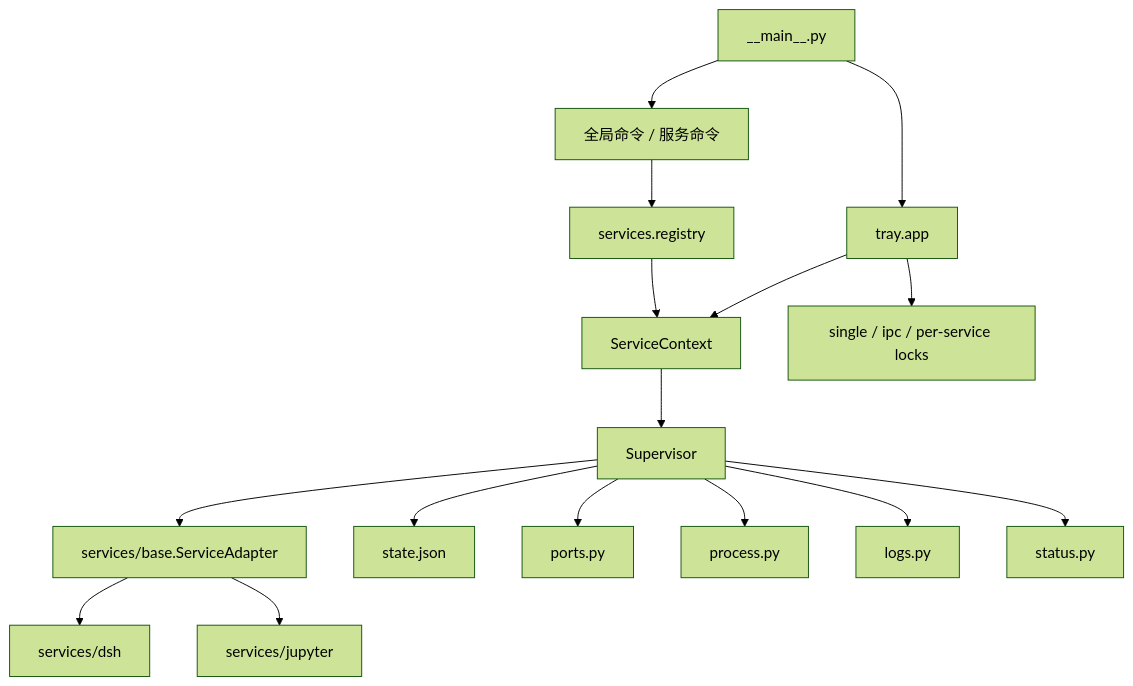
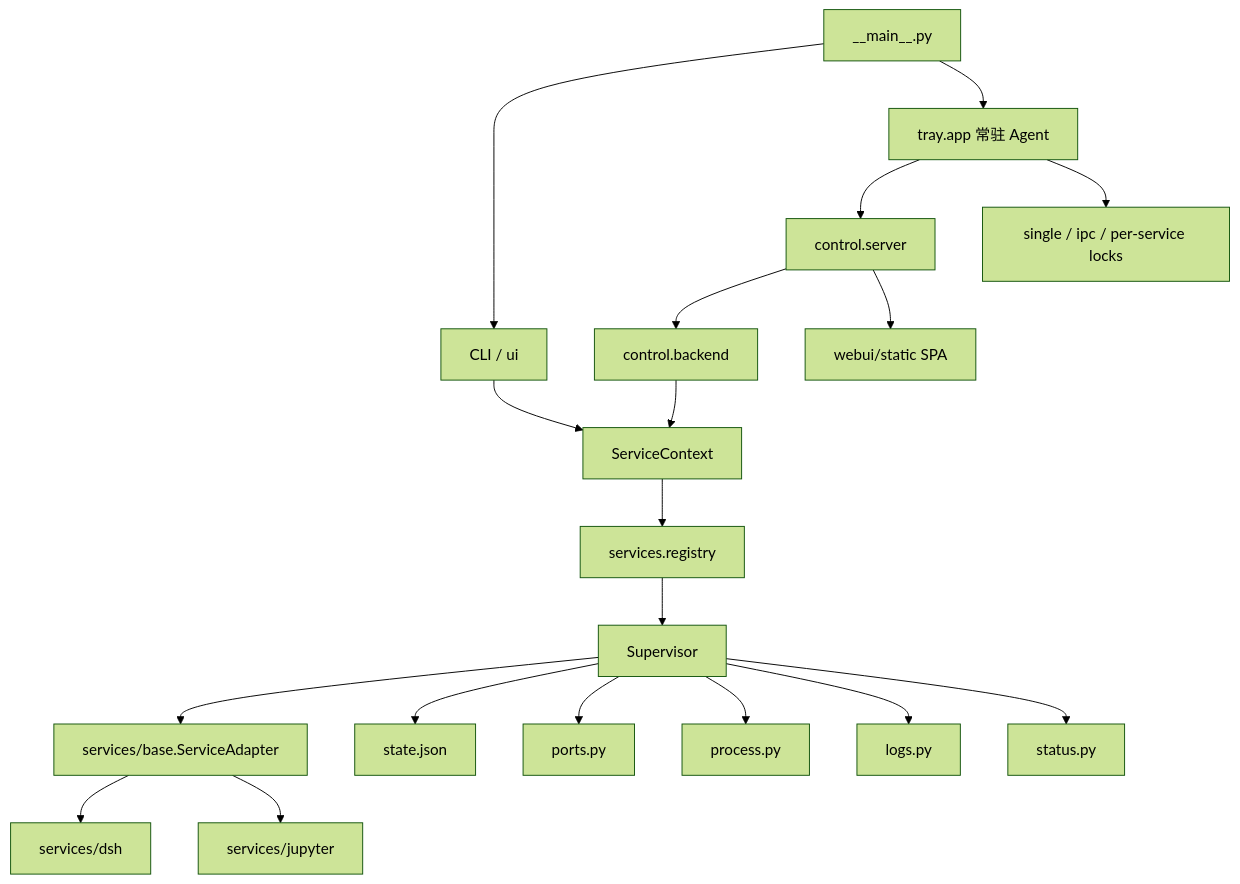
The diagram in docs/architecture.md (zou-jun/dshlauncher), drawn with Mermaid (forest theme) before and after one commit. The commit also changed other lines of this file and 41 other files, not shown here.

````diff
--- a/docs/architecture.md
+++ b/docs/architecture.md
@@ -10,18 +11,21 @@
 ```mermaid
 flowchart TB
-  Entry[__main__.py] --> CLI[全局命令 / 服务命令]
-  Entry --> Tray[tray.app]
-  CLI --> Reg[services.registry]
-  Tray --> Ctx[ServiceContext]
-  Reg --> Ctx
-  Ctx --> Sup[Supervisor]
+  Entry[__main__.py] --> CLI[CLI / ui]
+  Entry --> Agent[tray.app 常驻 Agent]
+  Agent --> Web[control.server]
+  Web --> Backend[control.backend]
+  Web --> Static[webui/static SPA]
+  Backend --> Ctx[ServiceContext]
+  CLI --> Ctx
+  Ctx --> Reg[services.registry]
+  Reg --> Sup[Supervisor]
   Sup --> Adapter[services/base.ServiceAdapter]
   Adapter --> Dsh[services/dsh]
   Adapter --> Jup[services/jupyter]
   Sup --> State[state.json]
   Sup --> Ports[ports.py]
   Sup --> Proc[process.py]
   Sup --> Logs[logs.py]
   Sup --> Status[status.py]
-  Tray --> Locks[single / ipc / per-service locks]
+  Agent --> Locks[single / ipc / per-service locks]
 ```
````
